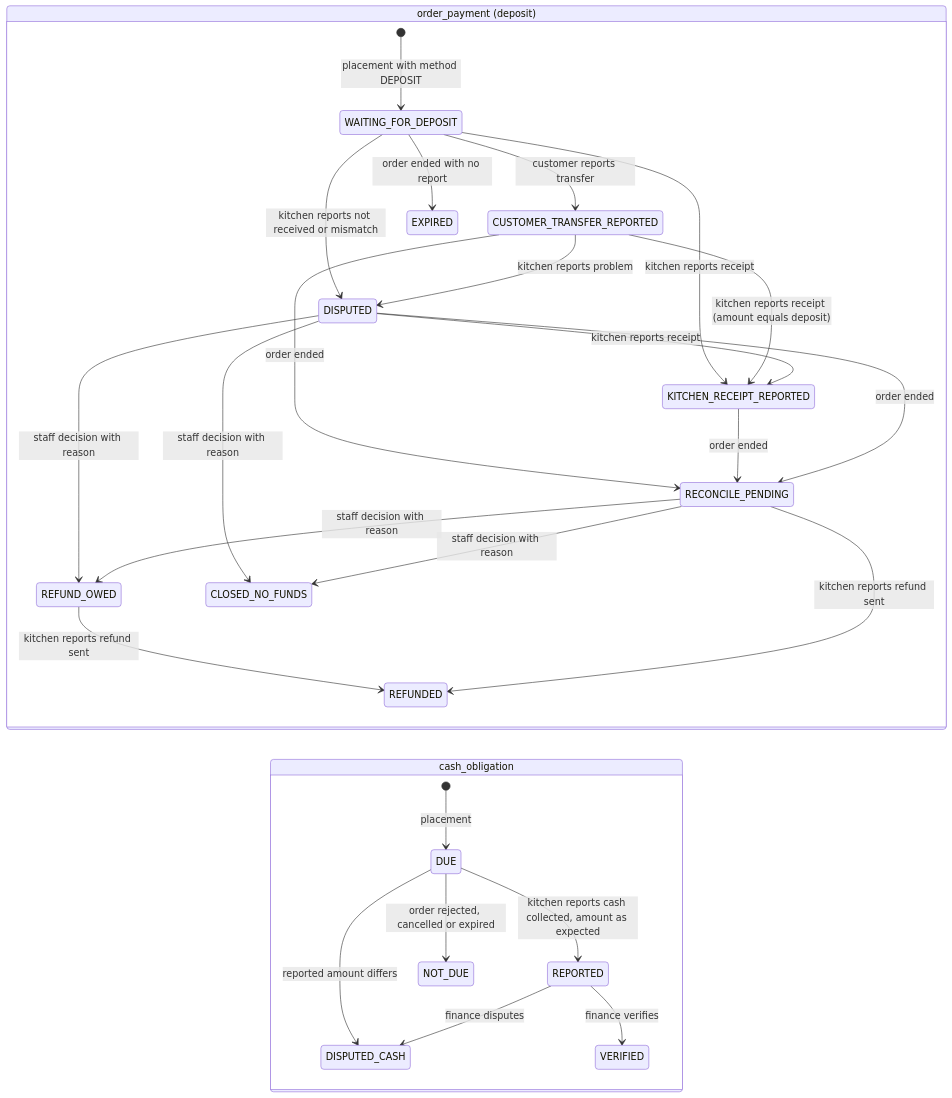
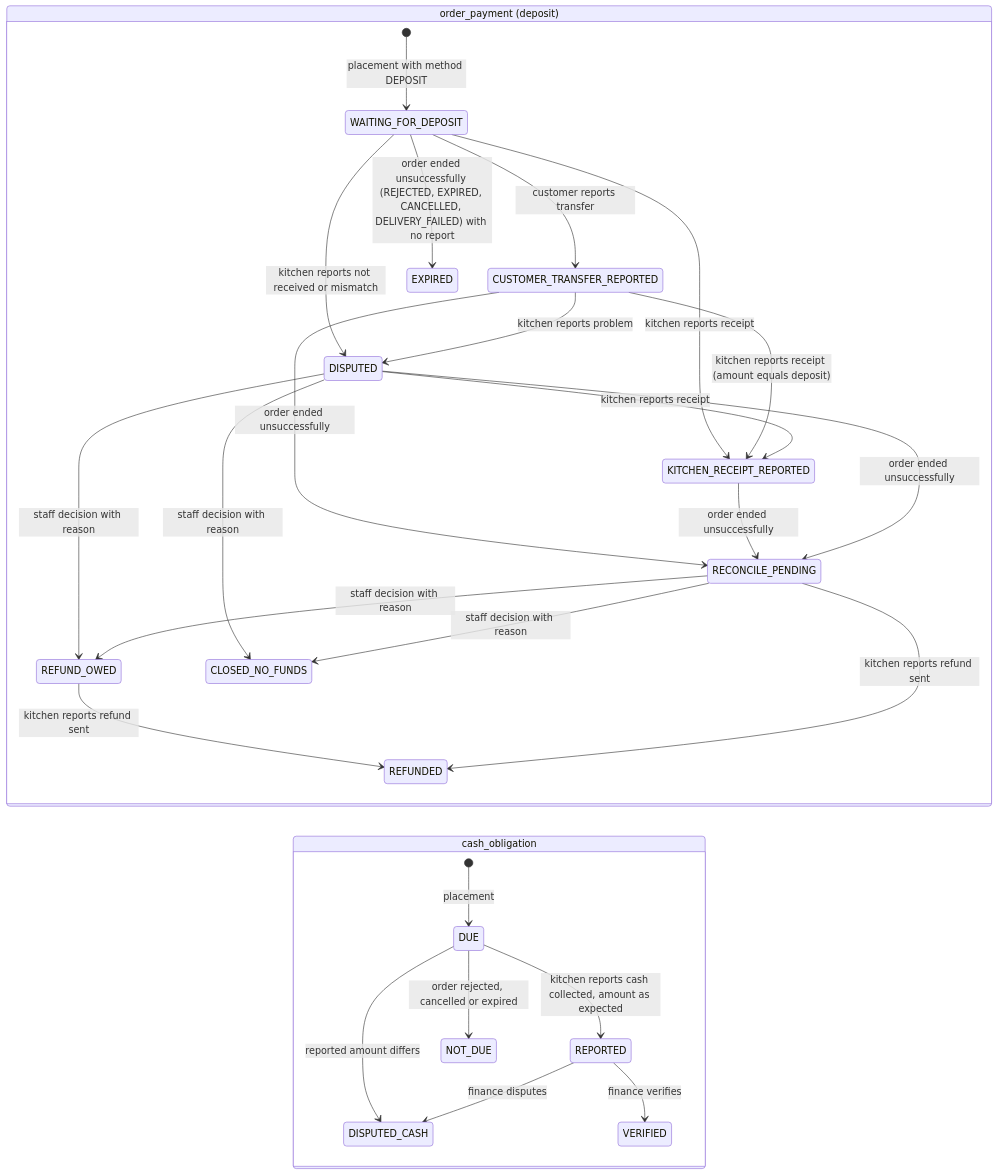
One commit to afawzy70/Matbakhy-v1 changed diagram 11 of 14 in docs/developer-handbook/03-architecture/diagrams.md. Above: the diagram before and after it, drawn with Mermaid. The commit also changed other lines of this file and 23 other files, not shown here.

````diff
--- a/docs/developer-handbook/03-architecture/diagrams.md
+++ b/docs/developer-handbook/03-architecture/diagrams.md
@@ -310,31 +310,31 @@
 ```mermaid
 stateDiagram-v2
     direction LR
     state "order_payment (deposit)" as dep {
         [*] --> WAITING_FOR_DEPOSIT: placement with method DEPOSIT
         WAITING_FOR_DEPOSIT --> CUSTOMER_TRANSFER_REPORTED: customer reports transfer
         WAITING_FOR_DEPOSIT --> KITCHEN_RECEIPT_REPORTED: kitchen reports receipt
         CUSTOMER_TRANSFER_REPORTED --> KITCHEN_RECEIPT_REPORTED: kitchen reports receipt (amount equals deposit)
         DISPUTED --> KITCHEN_RECEIPT_REPORTED: kitchen reports receipt
         WAITING_FOR_DEPOSIT --> DISPUTED: kitchen reports not received or mismatch
         CUSTOMER_TRANSFER_REPORTED --> DISPUTED: kitchen reports problem
-        WAITING_FOR_DEPOSIT --> EXPIRED: order ended with no report
-        CUSTOMER_TRANSFER_REPORTED --> RECONCILE_PENDING: order ended
-        KITCHEN_RECEIPT_REPORTED --> RECONCILE_PENDING: order ended
-        DISPUTED --> RECONCILE_PENDING: order ended
+        WAITING_FOR_DEPOSIT --> EXPIRED: order ended unsuccessfully (REJECTED, EXPIRED, CANCELLED, DELIVERY_FAILED) with no report
+        CUSTOMER_TRANSFER_REPORTED --> RECONCILE_PENDING: order ended unsuccessfully
+        KITCHEN_RECEIPT_REPORTED --> RECONCILE_PENDING: order ended unsuccessfully
+        DISPUTED --> RECONCILE_PENDING: order ended unsuccessfully
         DISPUTED --> REFUND_OWED: staff decision with reason
         RECONCILE_PENDING --> REFUND_OWED: staff decision with reason
         DISPUTED --> CLOSED_NO_FUNDS: staff decision with reason
         RECONCILE_PENDING --> CLOSED_NO_FUNDS: staff decision with reason
         REFUND_OWED --> REFUNDED: kitchen reports refund sent
         RECONCILE_PENDING --> REFUNDED: kitchen reports refund sent
     }
     state "cash_obligation" as cash {
         [*] --> DUE: placement
         DUE --> REPORTED: kitchen reports cash collected, amount as expected
         DUE --> DISPUTED_CASH: reported amount differs
         REPORTED --> VERIFIED: finance verifies
         REPORTED --> DISPUTED_CASH: finance disputes
         DUE --> NOT_DUE: order rejected, cancelled or expired
     }
 ```
````
